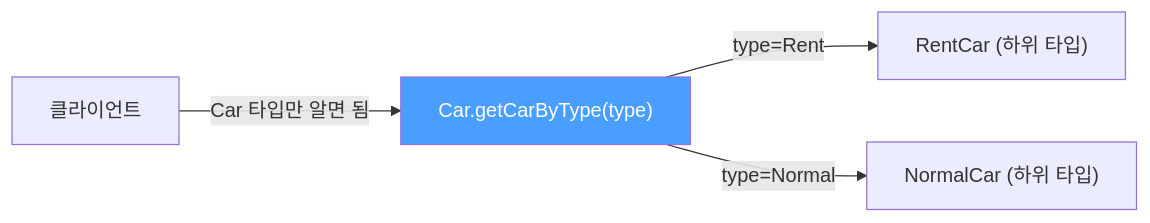
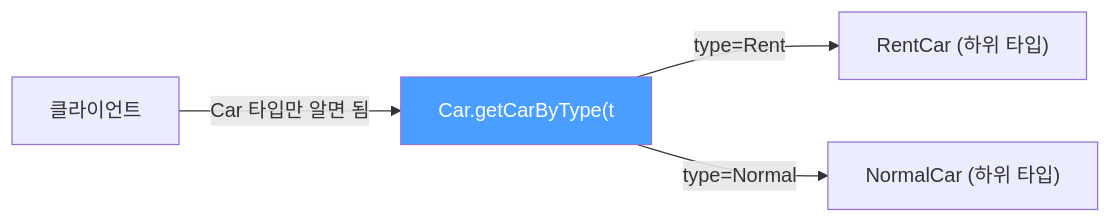
Before and after one commit to yjkim2015/yjkim2015.github.io: the first of 3 diagrams in _posts/java/2021-12-13-effective-java1.md, drawn with Mermaid. The commit also changed other lines of this file and 271 other files, not shown here.

First line of the commit message:
Mermaid 라벨 축소: 긴 노드 텍스트 18자 이하로 트림 + \n 제거

````diff
--- a/_posts/java/2021-12-13-effective-java1.md
+++ b/_posts/java/2021-12-13-effective-java1.md
@@ -109,7 +109,7 @@
 ```mermaid
 graph LR
-    A["Car.getCarByType(type)"] -->|"type=Rent"| B["RentCar (하위 타입)"]
+    A["Car.getCarByType(t"] -->|"type=Rent"| B["RentCar (하위 타입)"]
     A -->|"type=Normal"| C["NormalCar (하위 타입)"]
     D["클라이언트"] -->|"Car 타입만 알면 됨"| A
     style A fill:#4a9eff,color:#fff
 ```
````
